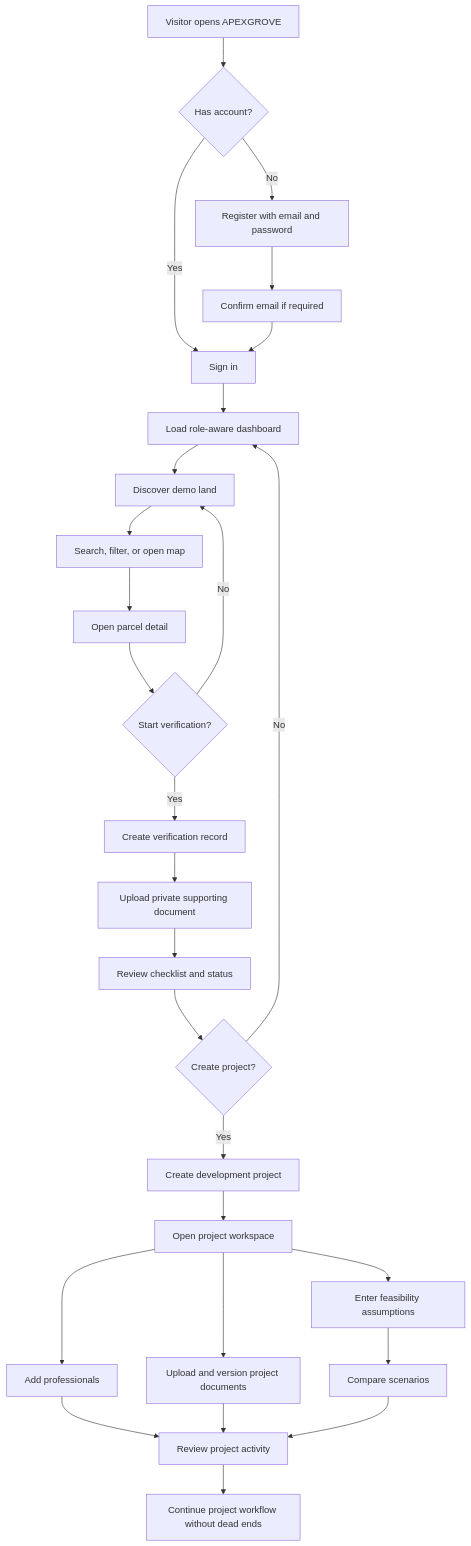
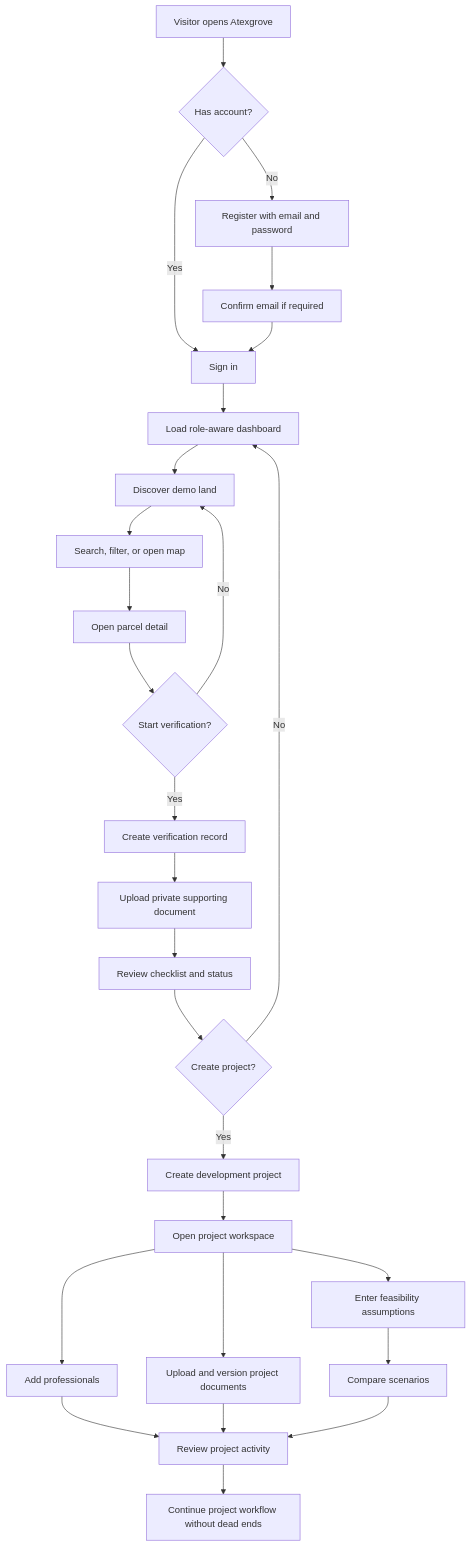
The first of 2 diagrams in docs/18-PROTOTYPE-FLOW-AND-DELIVERY-MAP.md (bakareolamilekan365-tech/APEXGROVE), drawn with Mermaid before and after one commit. The commit also changed other lines of this file and 25 other files, not shown here.

First line of the commit message:
chore: rename product APEXGROVE to Atexgrove (#7)

````diff
--- a/docs/18-PROTOTYPE-FLOW-AND-DELIVERY-MAP.md
+++ b/docs/18-PROTOTYPE-FLOW-AND-DELIVERY-MAP.md
@@ -13,29 +13,29 @@
 ```mermaid
 flowchart TD
-    A[Visitor opens APEXGROVE] --> B{Has account?}
+    A[Visitor opens Atexgrove] --> B{Has account?}
     B -->|No| C[Register with email and password]
     B -->|Yes| D[Sign in]
     C --> E[Confirm email if required]
     E --> D
     D --> F[Load role-aware dashboard]
     F --> G[Discover demo land]
     G --> H[Search, filter, or open map]
     H --> I[Open parcel detail]
     I --> J{Start verification?}
     J -->|No| G
     J -->|Yes| K[Create verification record]
     K --> L[Upload private supporting document]
     L --> M[Review checklist and status]
     M --> N{Create project?}
     N -->|No| F
     N -->|Yes| O[Create development project]
     O --> P[Open project workspace]
     P --> Q[Add professionals]
     P --> R[Upload and version project documents]
     P --> S[Enter feasibility assumptions]
     S --> T[Compare scenarios]
     Q --> U[Review project activity]
     R --> U
     T --> U
     U --> V[Continue project workflow without dead ends]
 ```
````
